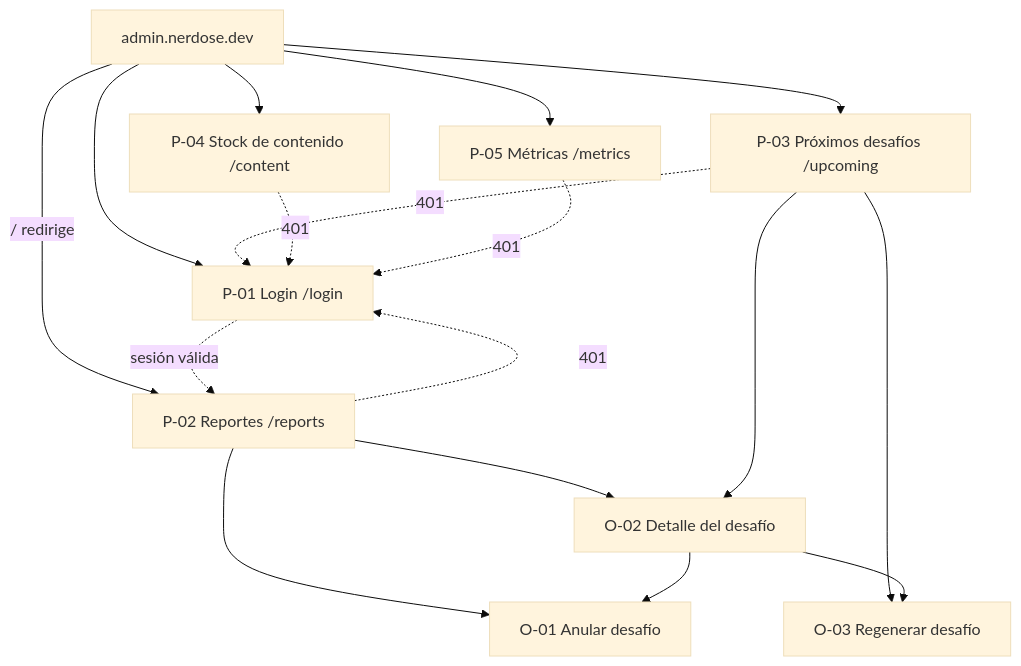
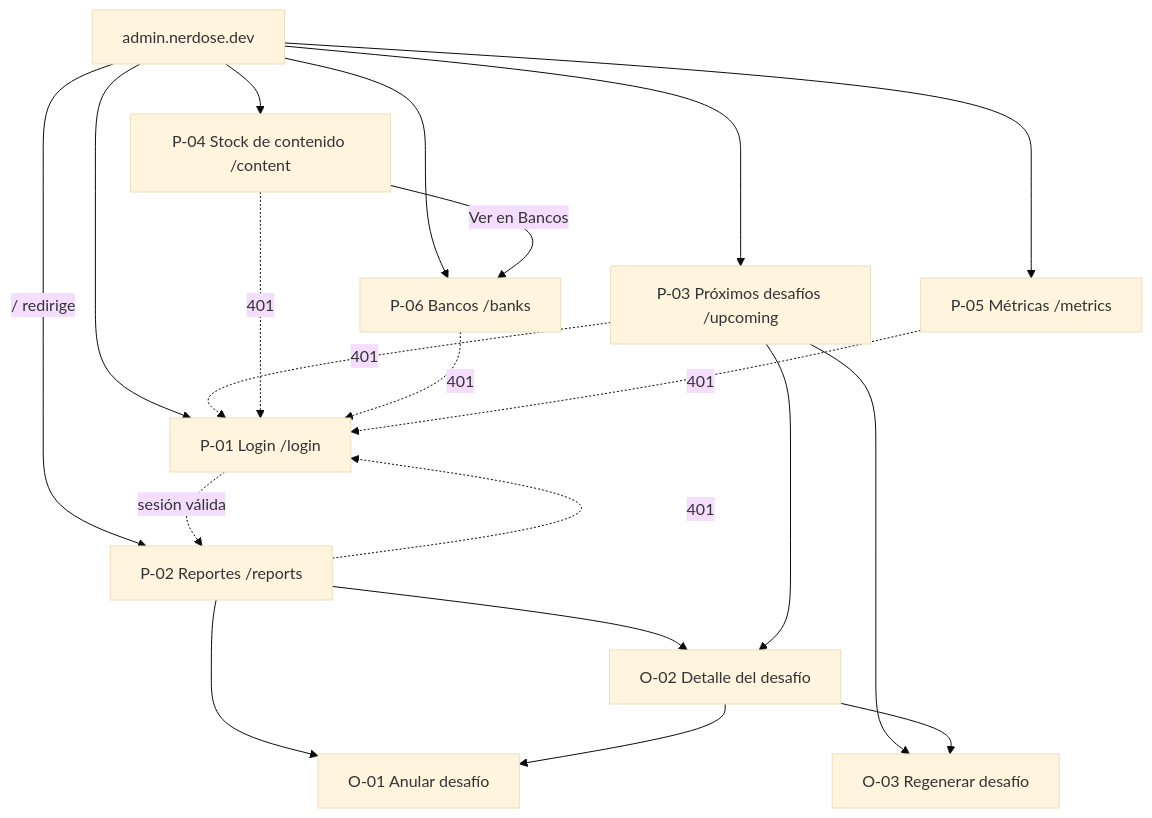
One commit to Bernacchialuca/nerdose changed the diagram in docs/ux/surfaces/admin/product-map.md. Above: the diagram before and after it, drawn with Mermaid (base theme). The commit also changed other lines of this file and 8 other files, not shown here.

````diff
--- a/docs/ux/surfaces/admin/product-map.md
+++ b/docs/ux/surfaces/admin/product-map.md
@@ -106,20 +111,23 @@
 ```mermaid
 flowchart TD
     Root[admin.nerdose.dev]
     Root --> P01[P-01 Login /login]
     Root -->|"/ redirige"| P02[P-02 Reportes /reports]
     Root --> P03[P-03 Próximos desafíos /upcoming]
     Root --> P04[P-04 Stock de contenido /content]
     Root --> P05[P-05 Métricas /metrics]
     P01 -.sesión válida.-> P02
     P02 --> O02[O-02 Detalle del desafío]
     P02 --> O01[O-01 Anular desafío]
     O02 --> O01
     P03 --> O02
     P03 --> O03[O-03 Regenerar desafío]
     O02 --> O03
     P02 -.401.-> P01
     P03 -.401.-> P01
     P04 -.401.-> P01
+    Root --> P06[P-06 Bancos /banks]
+    P04 -->|Ver en Bancos| P06
+    P06 -.401.-> P01
     P05 -.401.-> P01
 ```
````
